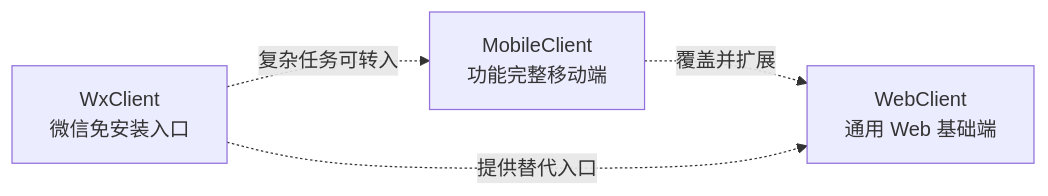
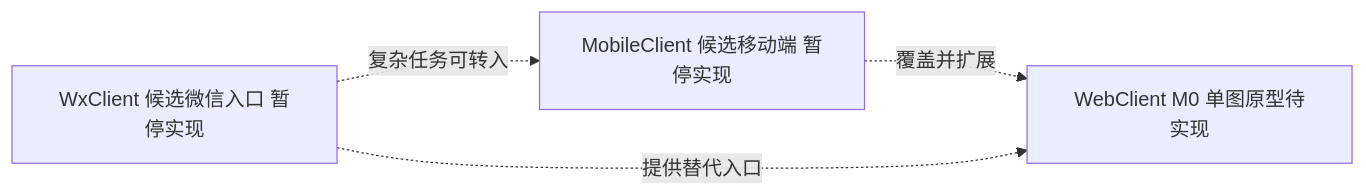
Before and after one commit to QingMouFoodDate/ProjectPRD: the first of 6 diagrams in ARCHITECTURE.md, drawn with Mermaid. The commit also changed other lines of this file and 17 other files, not shown here.

````diff
--- a/ARCHITECTURE.md
+++ b/ARCHITECTURE.md
@@ -35,10 +40,10 @@
 ```mermaid
 flowchart LR
-    MOBILE["MobileClient<br/>功能完整移动端"]
-    WEB["WebClient<br/>通用 Web 基础端"]
-    WX["WxClient<br/>微信免安装入口"]
+    MOBILE["MobileClient 候选移动端 暂停实现"]
+    WEB["WebClient M0 单图原型待实现"]
+    WX["WxClient 候选微信入口 暂停实现"]
 
     MOBILE -.覆盖并扩展.-> WEB
     WX -.提供替代入口.-> WEB
     WX -.复杂任务可转入.-> MOBILE
 ```
````
